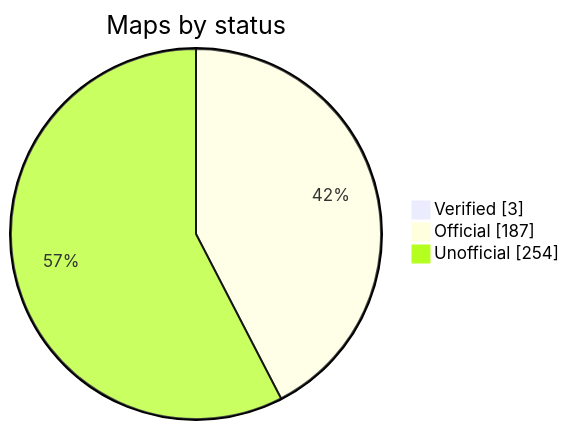
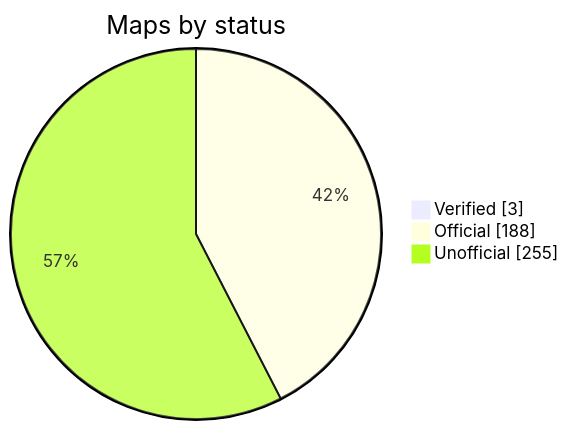
The diagram in README.md (nobrega8/mbmap-library), drawn with Mermaid before and after one commit. The commit also changed 1 other file, not shown here.

Commit message:
Rebuild the index

````diff
--- a/README.md
+++ b/README.md
@@ -48,7 +48,7 @@
 ```mermaid
 pie showData
     title Maps by status
     "Verified" : 3
-    "Official" : 187
-    "Unofficial" : 254
+    "Official" : 188
+    "Unofficial" : 255
 ```
````
